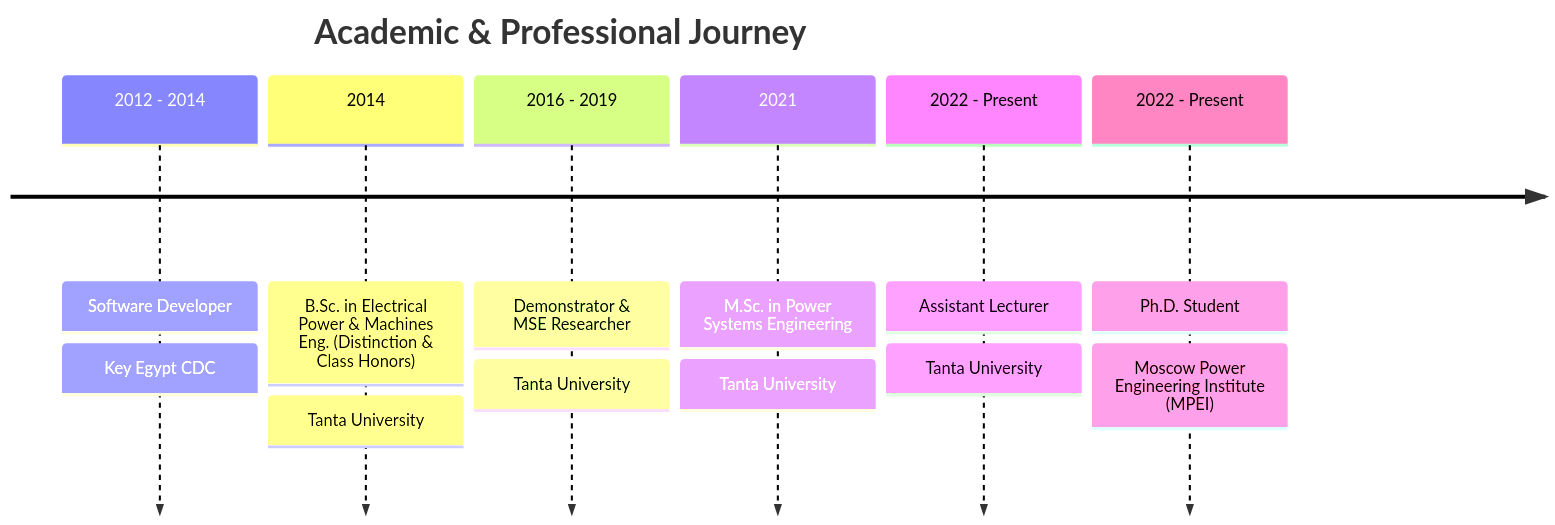
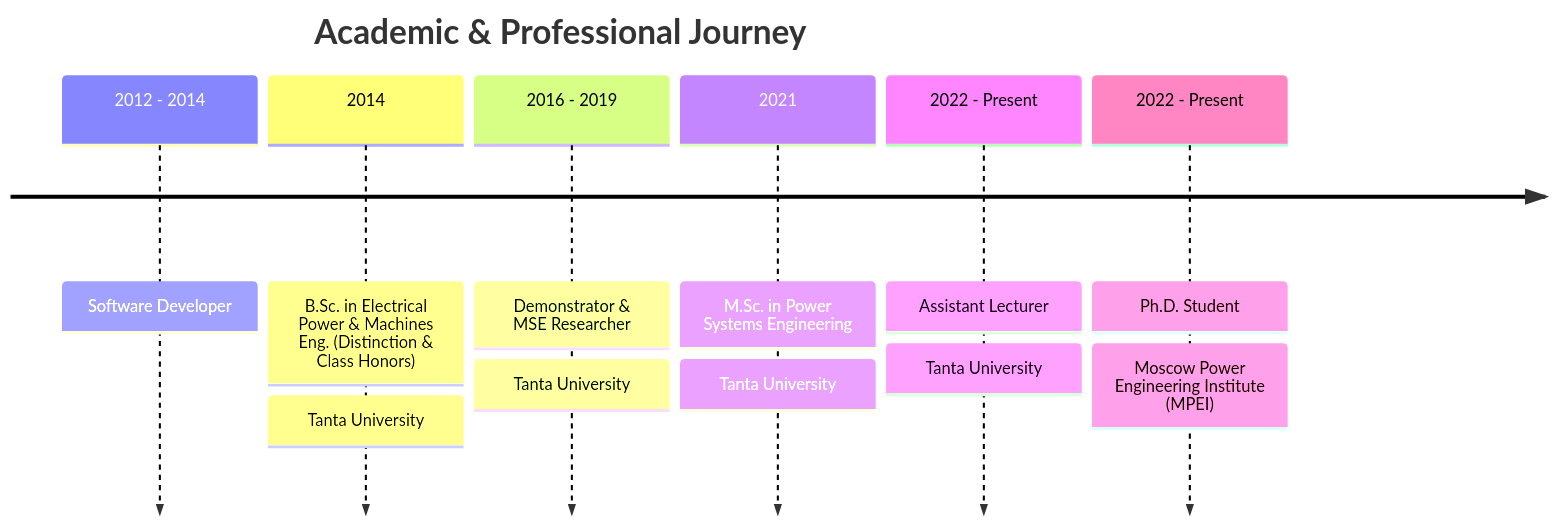
The diagram in README.md (ahmelkholy/ahmelkholy), drawn with Mermaid before and after one commit. The commit also changed other lines of this file, not shown here.

Commit message:
"regular automatic update"

````diff
--- a/README.md
+++ b/README.md
@@ -41,10 +41,10 @@
 ```mermaid
 timeline
     title Academic & Professional Journey
-    2012 - 2014 : Software Developer : Key Egypt CDC
+    2012 - 2014 : Software Developer
     2014 : B.Sc. in Electrical Power & Machines Eng. (Distinction & Class Honors) : Tanta University
     2016 - 2019 : Demonstrator & MSE Researcher : Tanta University
     2021 : M.Sc. in Power Systems Engineering : Tanta University
     2022 - Present : Assistant Lecturer : Tanta University
     2022 - Present : Ph.D. Student : Moscow Power Engineering Institute (MPEI)
 ```
````
